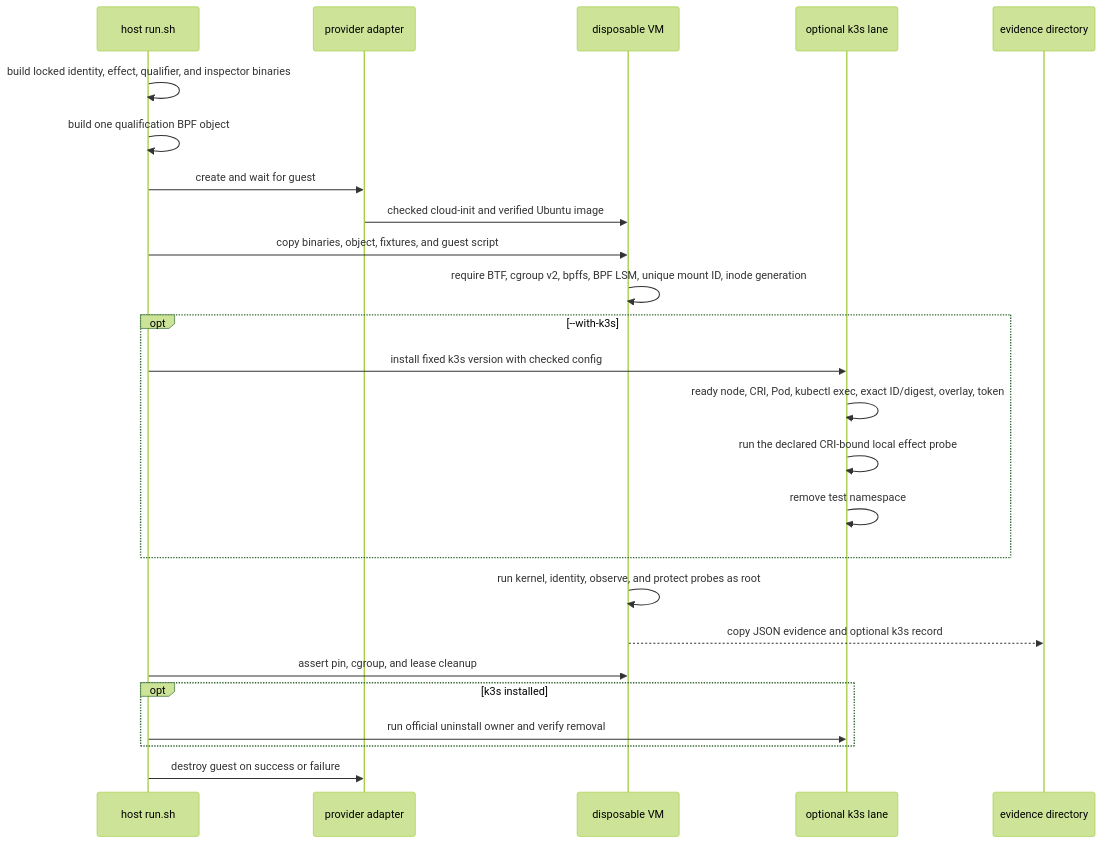
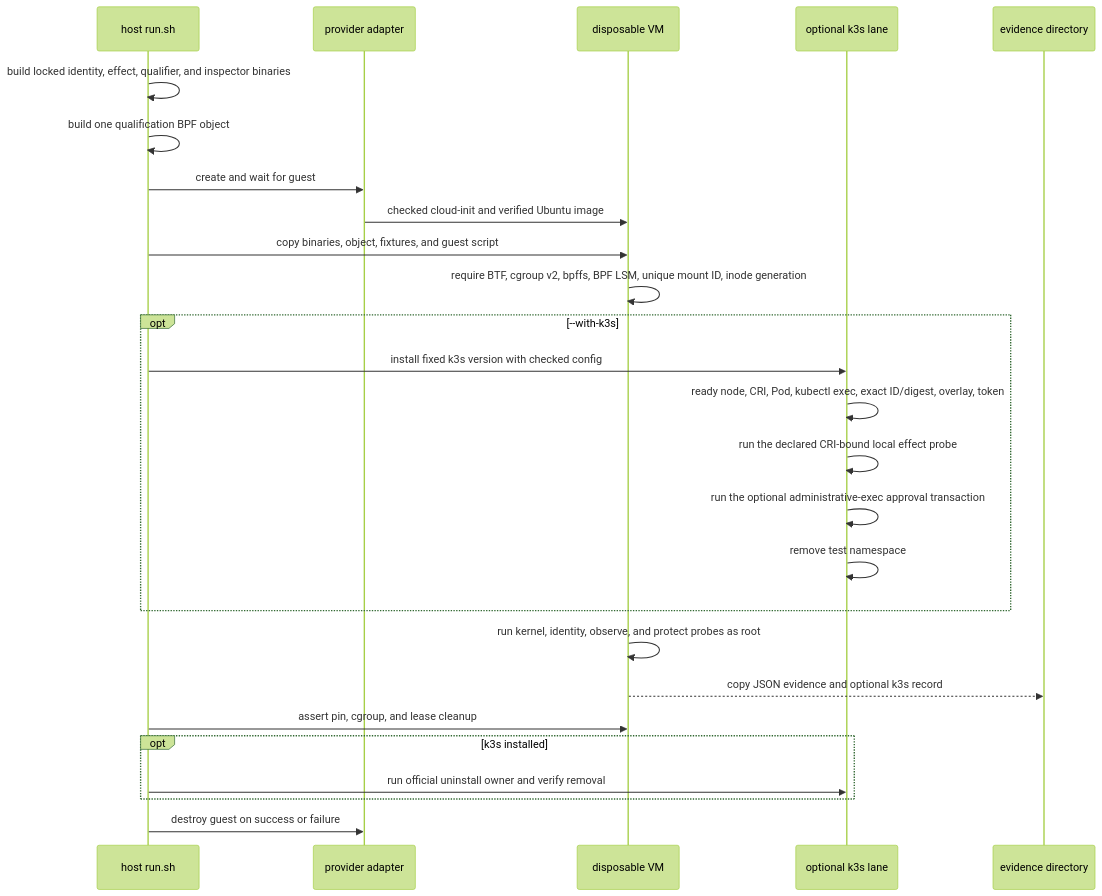
One commit to Ereborlabs/erebor-runtime changed diagram 20 of 20 in docs/plans/mithril-hugging-face-intrusion-prevention/implemented-phase-review.md. Above: the diagram before and after it, drawn with Mermaid (forest theme). The commit also changed other lines of this file and 67 other files, not shown here.

````diff
--- a/docs/plans/mithril-hugging-face-intrusion-prevention/implemented-phase-review.md
+++ b/docs/plans/mithril-hugging-face-intrusion-prevention/implemented-phase-review.md
@@ -1414,28 +1500,29 @@
 ```mermaid
 sequenceDiagram
     participant H as host run.sh
     participant P as provider adapter
     participant V as disposable VM
     participant K as optional k3s lane
     participant E as evidence directory
 
     H->>H: build locked identity, effect, qualifier, and inspector binaries
     H->>H: build one qualification BPF object
     H->>P: create and wait for guest
     P->>V: checked cloud-init and verified Ubuntu image
     H->>V: copy binaries, object, fixtures, and guest script
     V->>V: require BTF, cgroup v2, bpffs, BPF LSM, unique mount ID, inode generation
     opt --with-k3s
         H->>K: install fixed k3s version with checked config
         K->>K: ready node, CRI, Pod, kubectl exec, exact ID/digest, overlay, token
         K->>K: run the declared CRI-bound local effect probe
+        K->>K: run the optional administrative-exec approval transaction
         K->>K: remove test namespace
     end
     V->>V: run kernel, identity, observe, and protect probes as root
     V-->>E: copy JSON evidence and optional k3s record
     H->>V: assert pin, cgroup, and lease cleanup
     opt k3s installed
         H->>K: run official uninstall owner and verify removal
     end
     H->>P: destroy guest on success or failure
 ```
````
